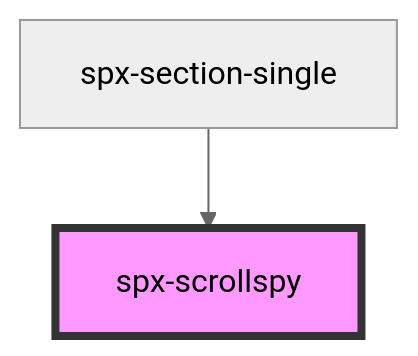
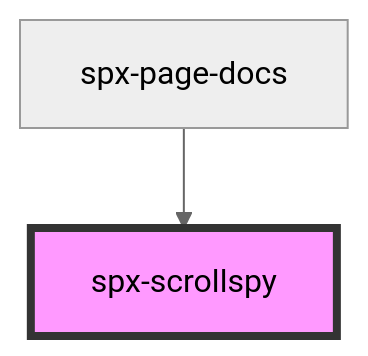
One commit to dnnsjsk/spx changed the diagram in stencil/src/components/spx-scrollspy/readme.md. Above: the diagram before and after it, drawn with Mermaid (neutral theme). The commit also changed other lines of this file and 117 other files, not shown here.

````diff
--- a/stencil/src/components/spx-scrollspy/readme.md
+++ b/stencil/src/components/spx-scrollspy/readme.md
@@ -34,5 +47,5 @@
 ```mermaid
 graph TD;
-  spx-section-single --> spx-scrollspy
+  spx-page-docs --> spx-scrollspy
   style spx-scrollspy fill:#f9f,stroke:#333,stroke-width:4px
 ```
````
